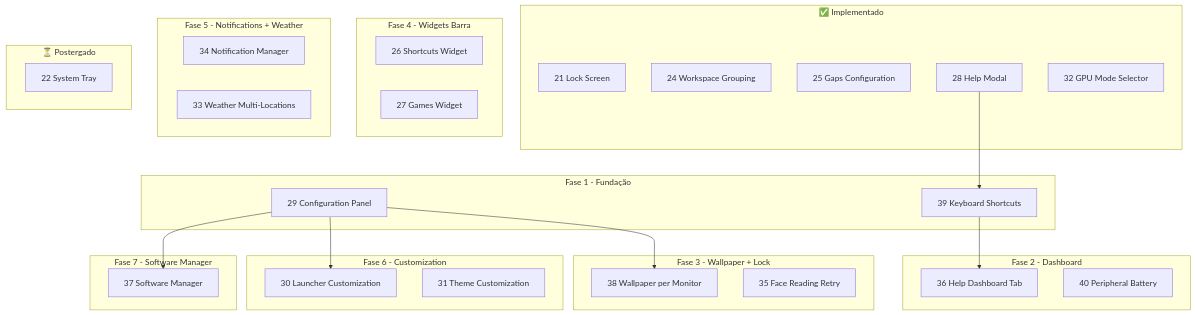
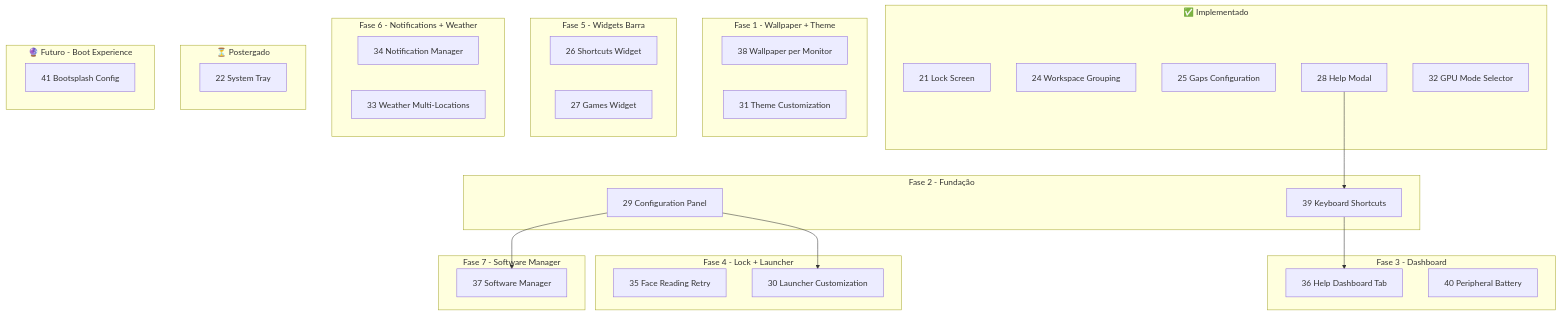
Before and after one commit to pereiraoc/shell: the diagram in docs/plan-and-implementation/00-sequencia-implementacao.md, drawn with Mermaid. The commit also changed other lines of this file and 1 other file, not shown here.

Commit message:
docs: update implementation sequence and tray system icons plan

````diff
--- a/docs/plan-and-implementation/00-sequencia-implementacao.md
+++ b/docs/plan-and-implementation/00-sequencia-implementacao.md
@@ -11,54 +11,57 @@
 ```mermaid
 flowchart TB
     subgraph Implementado [✅ Implementado]
         P21[21 Lock Screen]
         P24[24 Workspace Grouping]
         P25[25 Gaps Configuration]
         P28[28 Help Modal]
         P32[32 GPU Mode Selector]
     end
     
-    subgraph Fase1 [Fase 1 - Fundação]
+    subgraph Fase1 [Fase 1 - Wallpaper + Theme]
+        P38[38 Wallpaper per Monitor]
+        P31[31 Theme Customization]
+    end
+    
+    subgraph Fase2 [Fase 2 - Fundação]
         P39[39 Keyboard Shortcuts]
         P29[29 Configuration Panel]
     end
     
-    subgraph Fase2 [Fase 2 - Dashboard]
+    subgraph Fase3 [Fase 3 - Dashboard]
         P36[36 Help Dashboard Tab]
         P40[40 Peripheral Battery]
     end
     
-    subgraph Fase3 [Fase 3 - Wallpaper + Lock]
-        P38[38 Wallpaper per Monitor]
+    subgraph Fase4 [Fase 4 - Lock + Launcher]
         P35[35 Face Reading Retry]
+        P30[30 Launcher Customization]
     end
     
-    subgraph Fase4 [Fase 4 - Widgets Barra]
+    subgraph Fase5 [Fase 5 - Widgets Barra]
         P26[26 Shortcuts Widget]
         P27[27 Games Widget]
     end
     
-    subgraph Fase5 [Fase 5 - Notifications + Weather]
+    subgraph Fase6 [Fase 6 - Notifications + Weather]
         P34[34 Notification Manager]
         P33[33 Weather Multi-Locations]
-    end
-    
-    subgraph Fase6 [Fase 6 - Customization]
-        P30[30 Launcher Customization]
-        P31[31 Theme Customization]
     end
     
     subgraph Fase7 [Fase 7 - Software Manager]
         P37[37 Software Manager]
     end
     
     subgraph Futuro [⏳ Postergado]
         P22[22 System Tray]
     end
     
+    subgraph BootFuturo [🔮 Futuro - Boot Experience]
+        P41[41 Bootsplash Config]
+    end
+    
     P39 --> P36
     P28 --> P39
-    P29 --> P38
     P29 --> P30
     P29 --> P37
 ```
````
